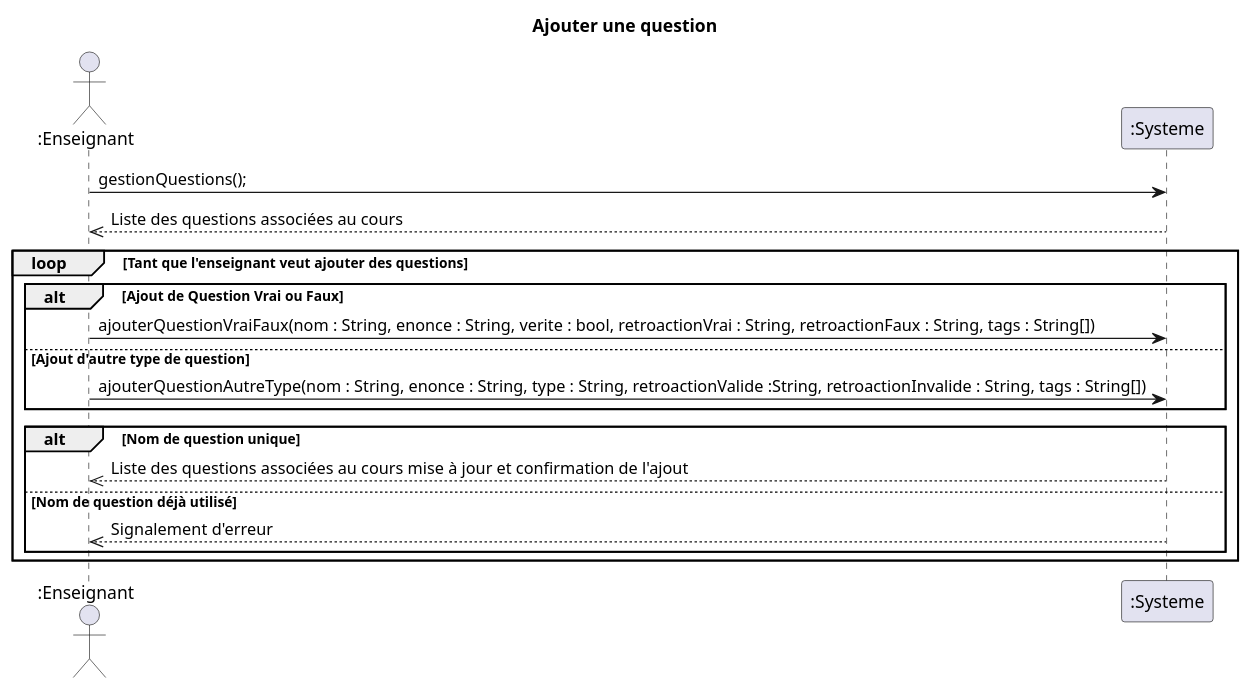
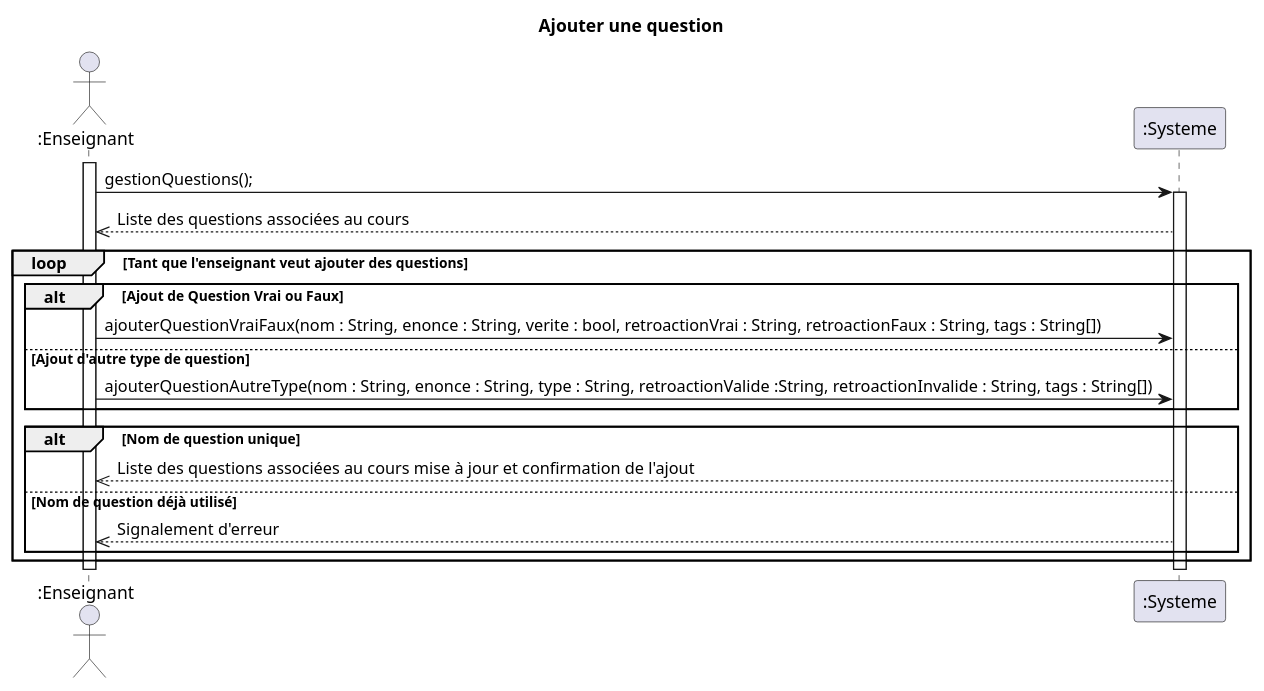
The diagram in docs/modeles/cu02/dss-ajouter-question.puml (xMrYahya/moodle-clone), drawn with PlantUML before and after one commit. The commit also changed 18 other files, not shown here.

Commit message:
modification des diagrammes

```diff
--- a/docs/modeles/cu02/dss-ajouter-question.puml
+++ b/docs/modeles/cu02/dss-ajouter-question.puml
@@ -1,22 +1,25 @@
 @startuml
 title Ajouter une question
 actor ":Enseignant" as e
 participant ":Systeme" as s
 ' Ajout des Pre conditions ici si nécessaire
+activate e
 e->s : gestionQuestions();
+activate s
 s-->>e : Liste des questions associées au cours
 loop Tant que l'enseignant veut ajouter des questions
 alt Ajout de Question Vrai ou Faux
 e->s : ajouterQuestionVraiFaux(nom : String, enonce : String, verite : bool, retroactionVrai : String, retroactionFaux : String, tags : String[])
 else Ajout d'autre type de question
  e->s : ajouterQuestionAutreType(nom : String, enonce : String, type : String, retroactionValide :String, retroactionInvalide : String, tags : String[])
 end alt
 
 alt Nom de question unique
     s-->>e : Liste des questions associées au cours mise à jour et confirmation de l'ajout
 else Nom de question déjà utilisé
     s-->>e : Signalement d'erreur
 end alt
 end loop
-
+deactivate s
+deactivate e
 @enduml
```
